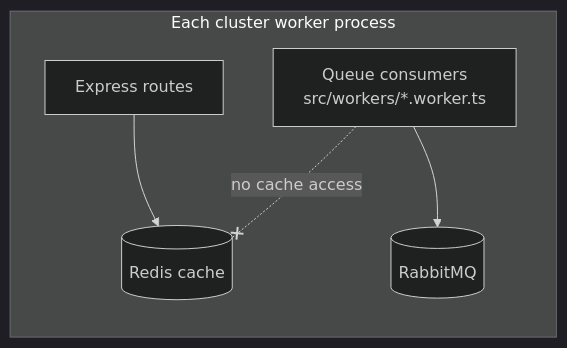
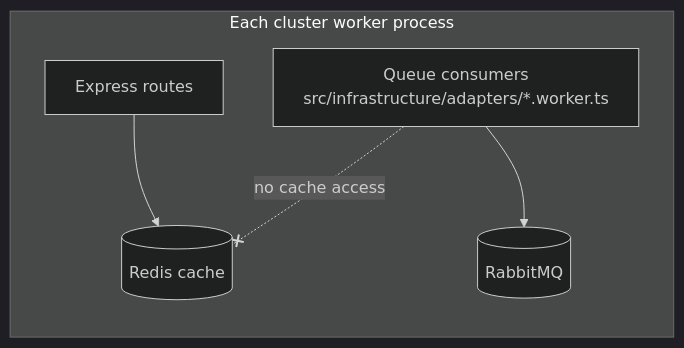
One commit to Guebbit/boilerplate-node-backend changed the fourth of 4 diagrams in docs/tools/redis-cache.md. Above: the diagram before and after it, drawn with Mermaid (dark theme). The commit also changed other lines of this file and 684 other files, not shown here.

First line of the commit message:
feat!: 2.0.0 — modular architecture, fragmented contracts, domain layer

````diff
--- a/docs/tools/redis-cache.md
+++ b/docs/tools/redis-cache.md
@@ -227,8 +227,8 @@
 ```mermaid
 flowchart LR
     subgraph W["Each cluster worker process"]
         E["Express routes"] --> Cache[("Redis cache")]
-        Q["Queue consumers<br/>src/workers/*.worker.ts"] --> Rabbit[("RabbitMQ")]
+        Q["Queue consumers<br/>src/infrastructure/adapters/*.worker.ts"] --> Rabbit[("RabbitMQ")]
     end
     Q -. no cache access .-x Cache
 ```
````
